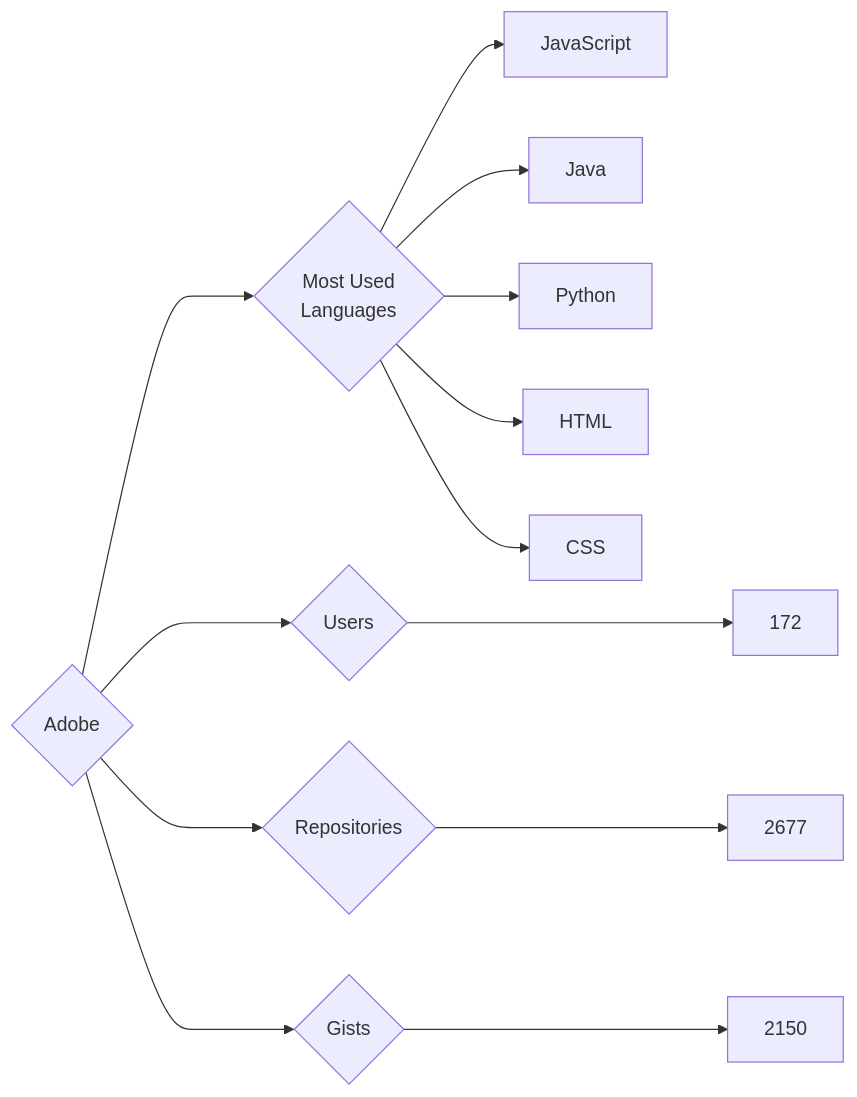
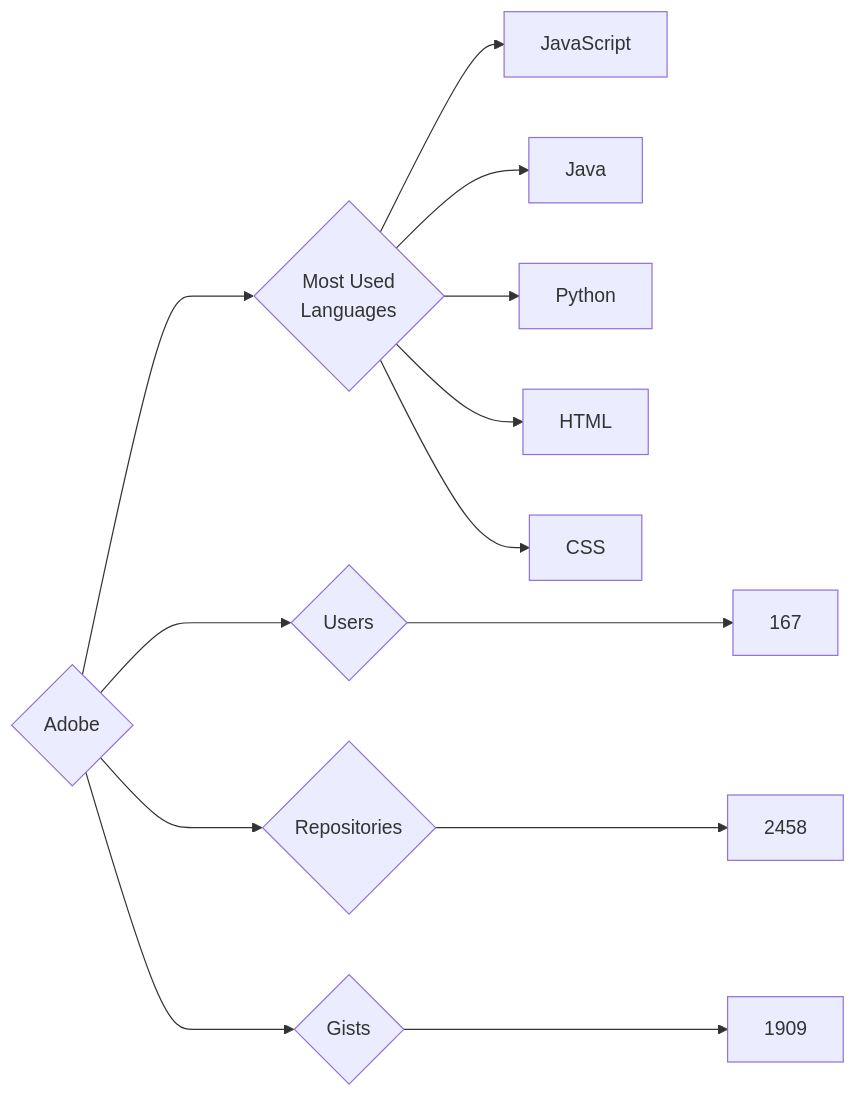
Before and after one commit to trickest/insiders: the diagram in targets/Adobe/README.md, drawn with Mermaid. The commit also changed 693 other files, not shown here.

````diff
--- a/targets/Adobe/README.md
+++ b/targets/Adobe/README.md
@@ -3,13 +3,13 @@
 ```mermaid
 graph LR
 COMPANY_NAME{Adobe}
-COMPANY_NAME ---> U{Users} ---> UN[172]
-COMPANY_NAME ---> R{Repositories} ---> RN[2677]
-COMPANY_NAME ---> G{Gists} ---> GN[2150]
+COMPANY_NAME ---> U{Users} ---> UN[167]
+COMPANY_NAME ---> R{Repositories} ---> RN[2458]
+COMPANY_NAME ---> G{Gists} ---> GN[1909]
 COMPANY_NAME ---> ML{Most Used<br>Languages}
 ML --> JavaScript[JavaScript]
 ML --> Java[Java]
 ML --> Python[Python]
 ML --> HTML[HTML]
 ML --> CSS[CSS]
 ```
````
